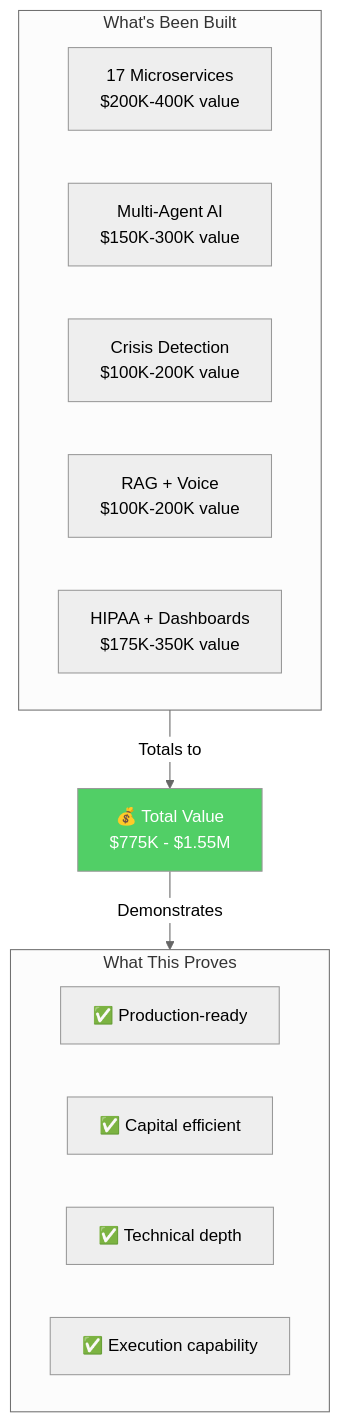
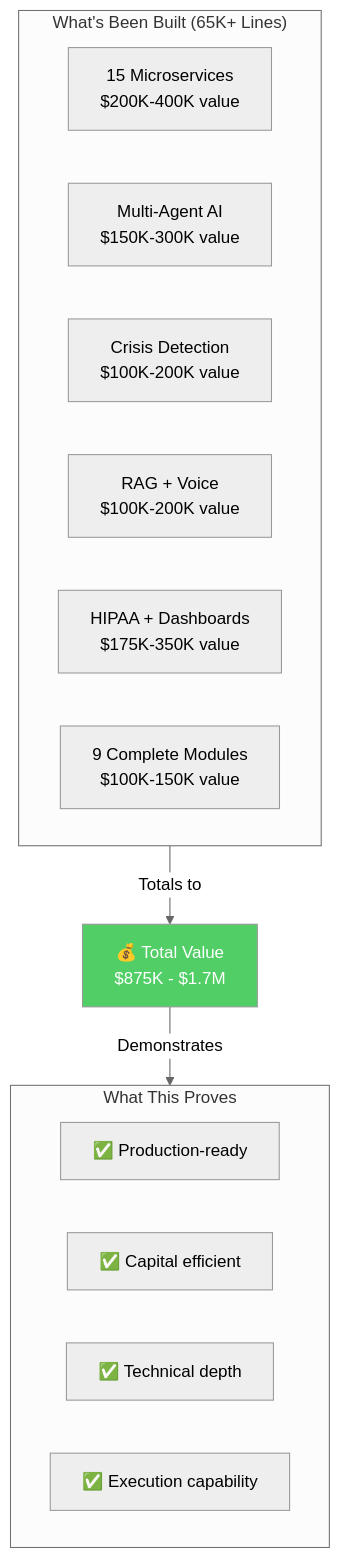
One commit to asq-sheriff/SHOWCASE_REPO-Therapeutic_AI_Companion changed the fourth of 11 diagrams in docs/INVESTOR_OVERVIEW.md. Above: the diagram before and after it, drawn with Mermaid (neutral theme). The commit also changed other lines of this file and 7 other files, not shown here.

First line of the commit message:
docs: Sync all documentation with current state and accelerated roadmap

````diff
--- a/docs/INVESTOR_OVERVIEW.md
+++ b/docs/INVESTOR_OVERVIEW.md
@@ -208,24 +208,25 @@
 ```mermaid
 flowchart TD
-    subgraph Built["What's Been Built"]
-        B1["17 Microservices<br/>$200K-400K value"]
+    subgraph Built["What's Been Built (65K+ Lines)"]
+        B1["15 Microservices<br/>$200K-400K value"]
         B2["Multi-Agent AI<br/>$150K-300K value"]
         B3["Crisis Detection<br/>$100K-200K value"]
         B4["RAG + Voice<br/>$100K-200K value"]
         B5["HIPAA + Dashboards<br/>$175K-350K value"]
+        B6["9 Complete Modules<br/>$100K-150K value"]
     end
 
-    V["💰 Total Value<br/>$775K - $1.55M"]
+    V["💰 Total Value<br/>$875K - $1.7M"]
 
     subgraph Efficiency["What This Proves"]
         E1["✅ Production-ready"]
         E2["✅ Capital efficient"]
         E3["✅ Technical depth"]
         E4["✅ Execution capability"]
     end
 
     Built -->|"Totals to"| V
     V -->|"Demonstrates"| Efficiency
 
     style V fill:#51cf66,color:#fff
 ```
````
